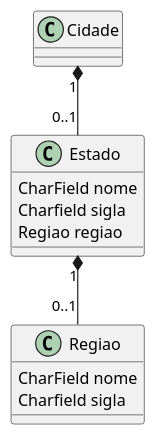
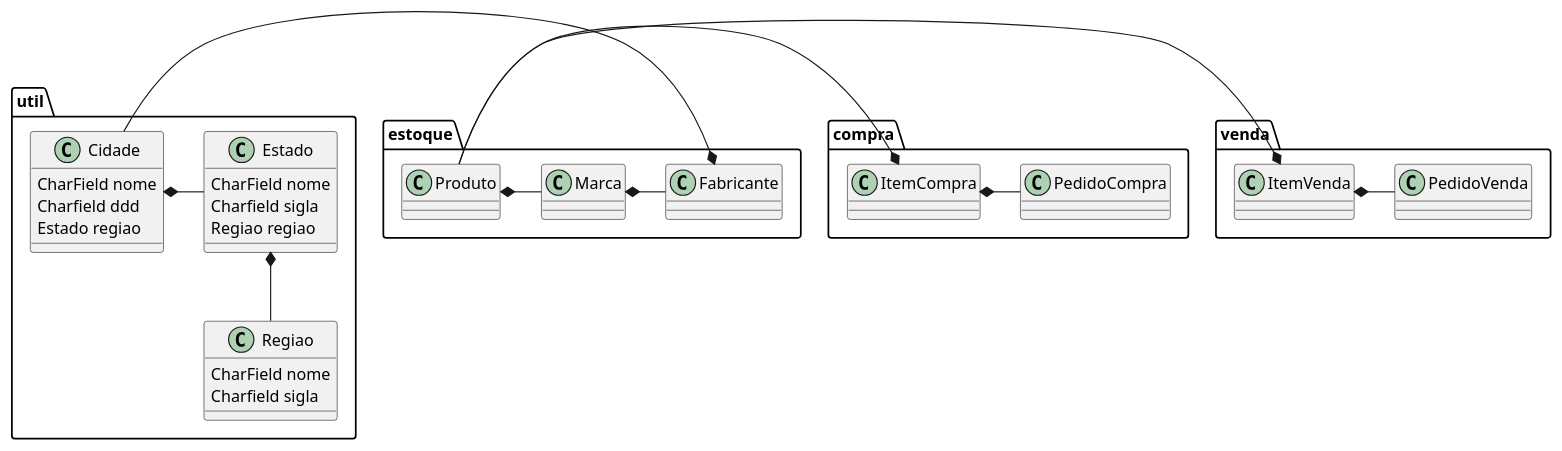
One commit to ivaneyvieira/erp changed the diagram in modelo.plantuml. Above: the diagram before and after it, drawn with PlantUML. The commit also changed 1 other file, not shown here.

```diff
--- a/modelo.plantuml
+++ b/modelo.plantuml
@@ -1,17 +1,49 @@
 @startuml
-class Regiao {
-    CharField nome
-    Charfield sigla
+package util {
+    class Regiao {
+        CharField nome
+        Charfield sigla
+    }
+
+    class Estado {
+        CharField nome
+        Charfield sigla
+        Regiao regiao
+    }
+
+    class Cidade {
+        CharField nome
+        Charfield ddd
+        Estado regiao
+    }
+
+    Estado  *-- Regiao
+    Cidade  *- Estado 
 }
 
-class Estado {
-    CharField nome
-    Charfield sigla
-    Regiao regiao
+package estoque {
+    class Produto
+    class Marca
+    class Fabricante
+    
+    Produto *- Marca  
+    Marca *- Fabricante
+    Fabricante *- Cidade
 }
 
+package compra {
+    class PedidoCompra
+    class ItemCompra
 
-Estado "1" *-- "0..1" Regiao
-Cidade "1" *-- "0..1" Estado
+    ItemCompra *- PedidoCompra
+    ItemCompra *- Produto
+}
 
+package venda {
+    class PedidoVenda
+    class ItemVenda
+
+    ItemVenda *- PedidoVenda
+    ItemVenda *- Produto
+}
 @enduml
```
